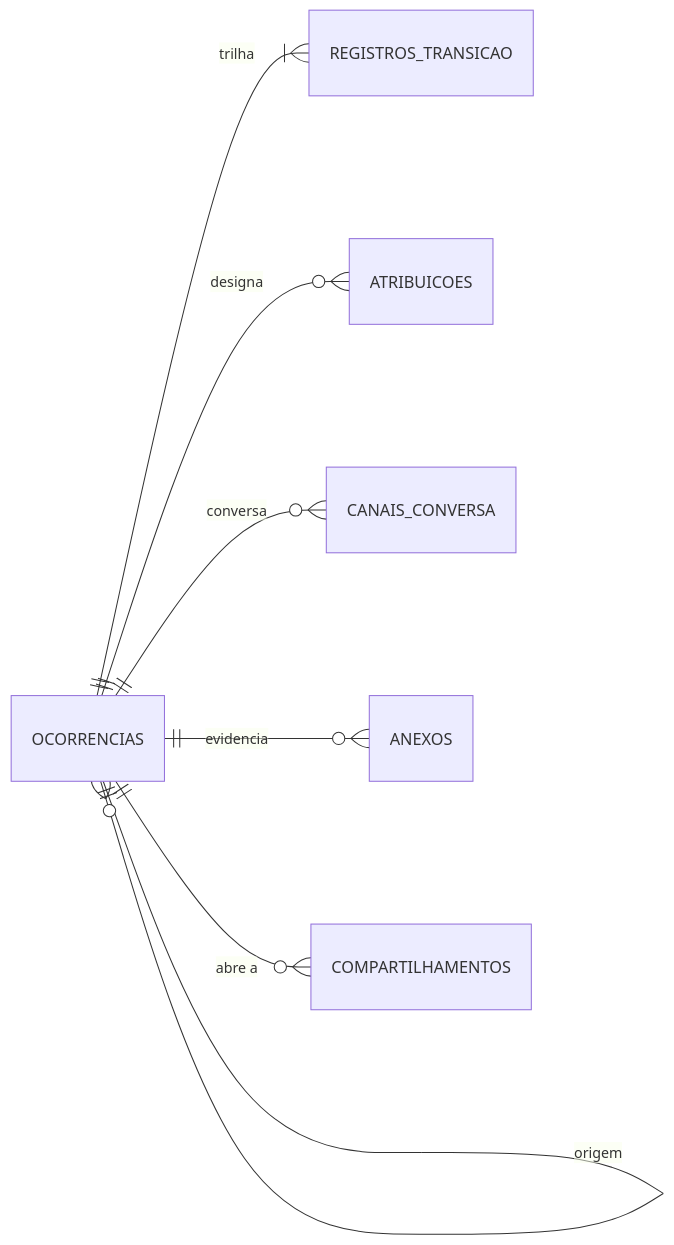
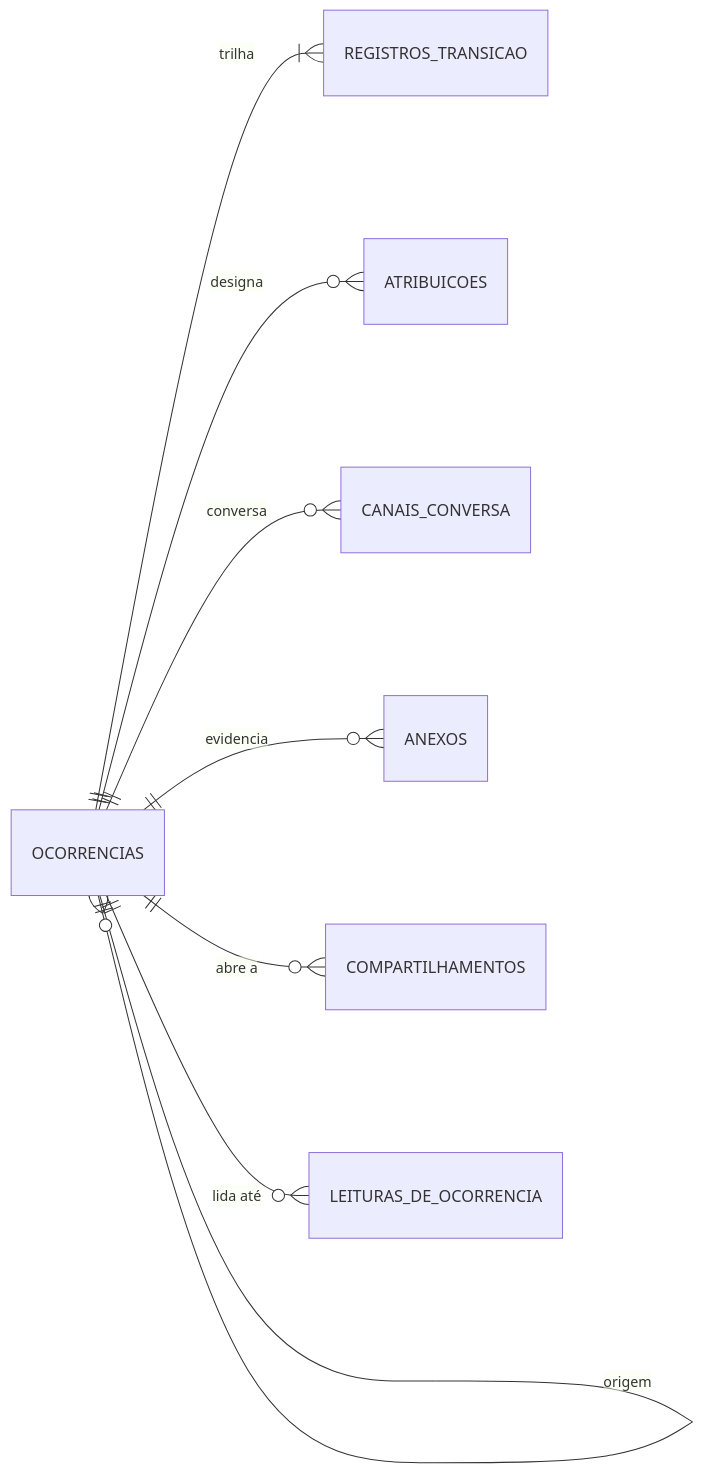
The second of 2 diagrams in docs/banco-de-dados.md (natanjunior/8FSDT-Hackathon), drawn with Mermaid before and after one commit. The commit also changed other lines of this file and 5 other files, not shown here.

````diff
--- a/docs/banco-de-dados.md
+++ b/docs/banco-de-dados.md
@@ -55,10 +56,11 @@
 ```mermaid
 erDiagram
     direction LR
     OCORRENCIAS ||--|{ REGISTROS_TRANSICAO : "trilha"
     OCORRENCIAS ||--o{ ATRIBUICOES : "designa"
     OCORRENCIAS ||--o{ CANAIS_CONVERSA : "conversa"
     OCORRENCIAS ||--o{ ANEXOS : "evidencia"
     OCORRENCIAS ||--o{ COMPARTILHAMENTOS : "abre a"
+    OCORRENCIAS ||--o{ LEITURAS_DE_OCORRENCIA : "lida até"
     OCORRENCIAS ||--o{ OCORRENCIAS : "origem"
 ```
````
